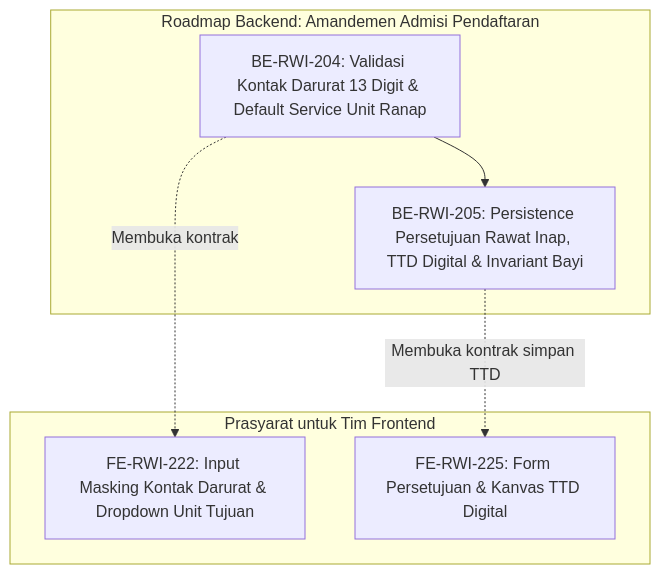
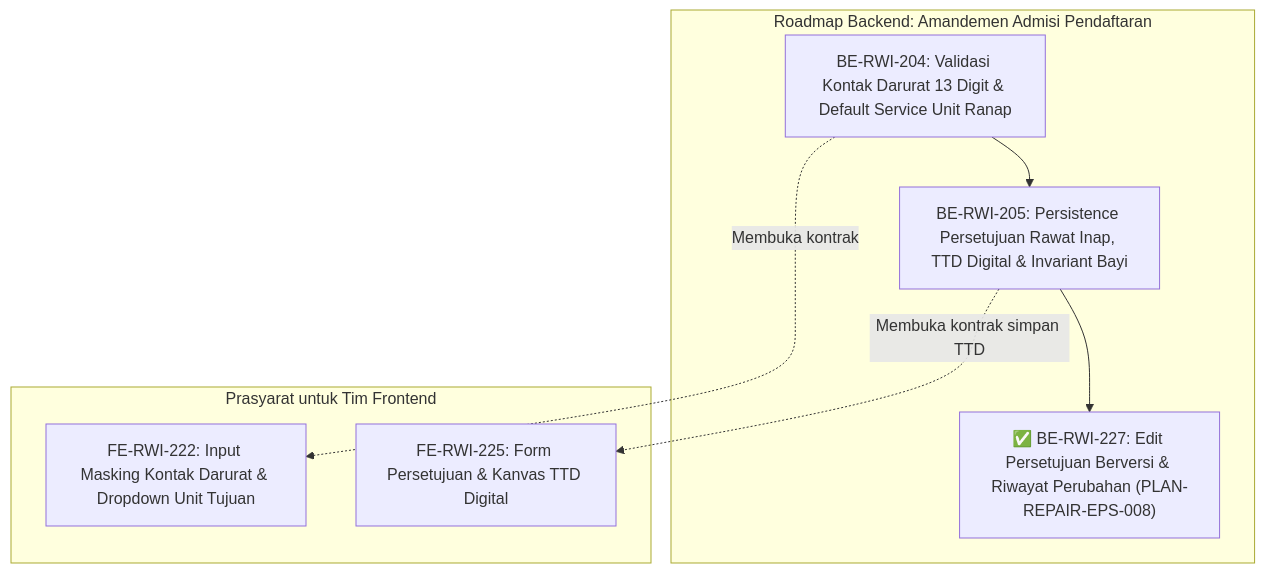
Before and after one commit to DevBenari/NewQuilvianSystemBackend: the diagram in docs/module-blueprints/rawat-inap/episode-rawat-inap/roadmap/backend-roadmap-admisi-pendaftaran.md, drawn with Mermaid. The commit also changed other lines of this file and 28 other files, not shown here.

First line of the commit message:
feat: Update backend roadmap and requirement traceability for billing integration

````diff
--- a/docs/module-blueprints/rawat-inap/episode-rawat-inap/roadmap/backend-roadmap-admisi-pendaftaran.md
+++ b/docs/module-blueprints/rawat-inap/episode-rawat-inap/roadmap/backend-roadmap-admisi-pendaftaran.md
@@ -28,17 +28,19 @@
 ```mermaid
 flowchart TD
     subgraph backend[Roadmap Backend: Amandemen Admisi Pendaftaran]
         BE204["BE-RWI-204: Validasi Kontak Darurat 13 Digit & Default Service Unit Ranap"]
         BE205["BE-RWI-205: Persistence Persetujuan Rawat Inap, TTD Digital & Invariant Bayi"]
+        BE227["✅ BE-RWI-227: Edit Persetujuan Berversi & Riwayat Perubahan (PLAN-REPAIR-EPS-008)"]
         
         BE204 --> BE205
+        BE205 --> BE227
     end
     
     subgraph frontendPrereq[Prasyarat untuk Tim Frontend]
         FE222["FE-RWI-222: Input Masking Kontak Darurat & Dropdown Unit Tujuan"]
         FE225["FE-RWI-225: Form Persetujuan & Kanvas TTD Digital"]
     end
     
     BE204 -.->|Membuka kontrak| FE222
     BE205 -.->|Membuka kontrak simpan TTD| FE225
 ```
````
